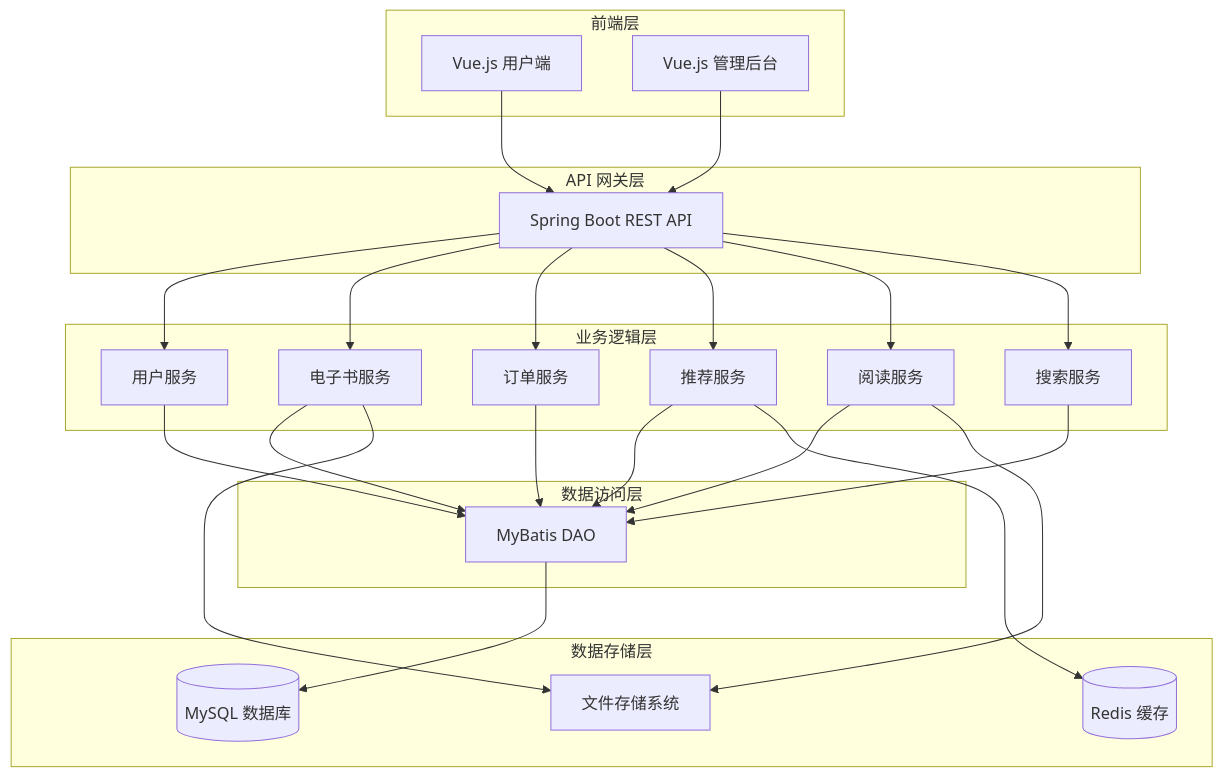
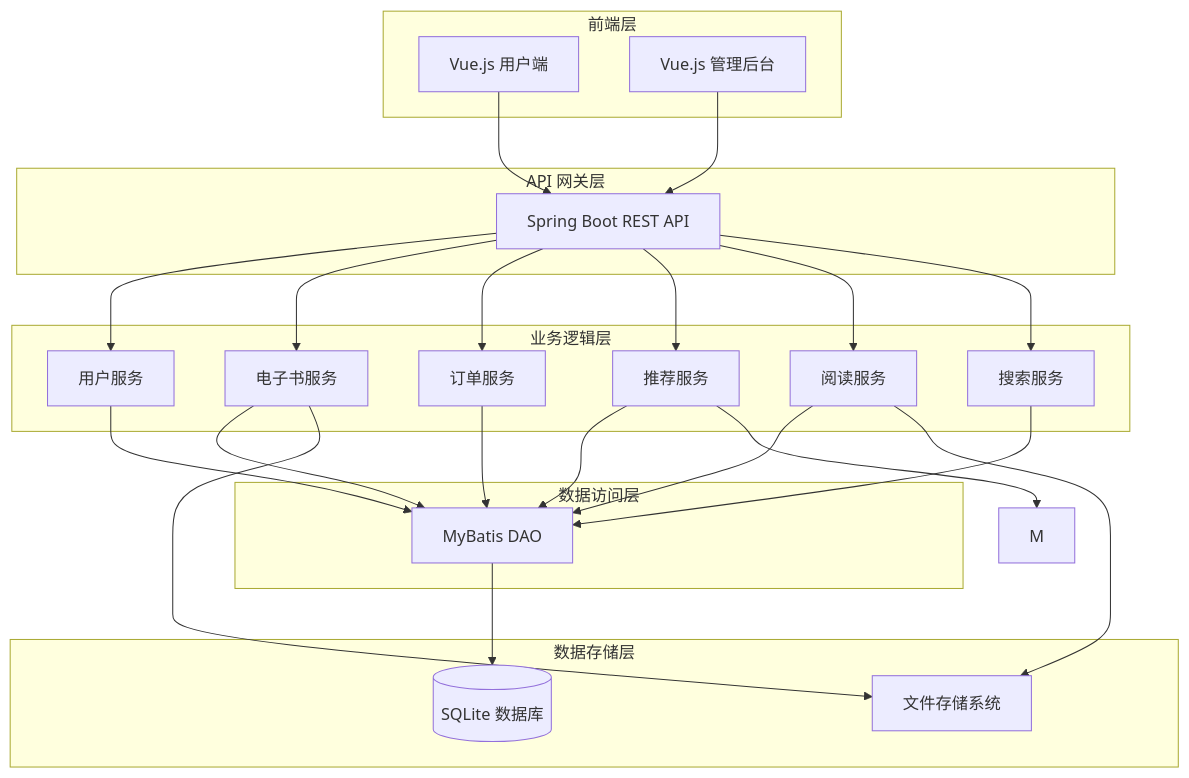
One commit to 0115minami/intellibook-mall-frontend changed the first of 4 diagrams in .kiro/specs/intellibook-mall/design.md. Above: the diagram before and after it, drawn with Mermaid. The commit also changed other lines of this file and 5 other files, not shown here.

````diff
--- a/.kiro/specs/intellibook-mall/design.md
+++ b/.kiro/specs/intellibook-mall/design.md
@@ -46,49 +71,48 @@
 ```mermaid
 graph TB
     subgraph "前端层"
         A[Vue.js 用户端] 
         B[Vue.js 管理后台]
     end
     
     subgraph "API 网关层"
         C[Spring Boot REST API]
     end
     
     subgraph "业务逻辑层"
         D[用户服务]
         E[电子书服务]
         F[订单服务]
         G[推荐服务]
         H[阅读服务]
         I[搜索服务]
     end
     
     subgraph "数据访问层"
         J[MyBatis DAO]
     end
     
     subgraph "数据存储层"
-        K[(MySQL 数据库)]
+        K[(SQLite 数据库)]
         L[文件存储系统]
-        M[(Redis 缓存)]
     end
     
     A --> C
     B --> C
     C --> D
     C --> E
     C --> F
     C --> G
     C --> H
     C --> I
     D --> J
     E --> J
     F --> J
     G --> J
     H --> J
     I --> J
     J --> K
     E --> L
     H --> L
     G --> M
 ```
````
